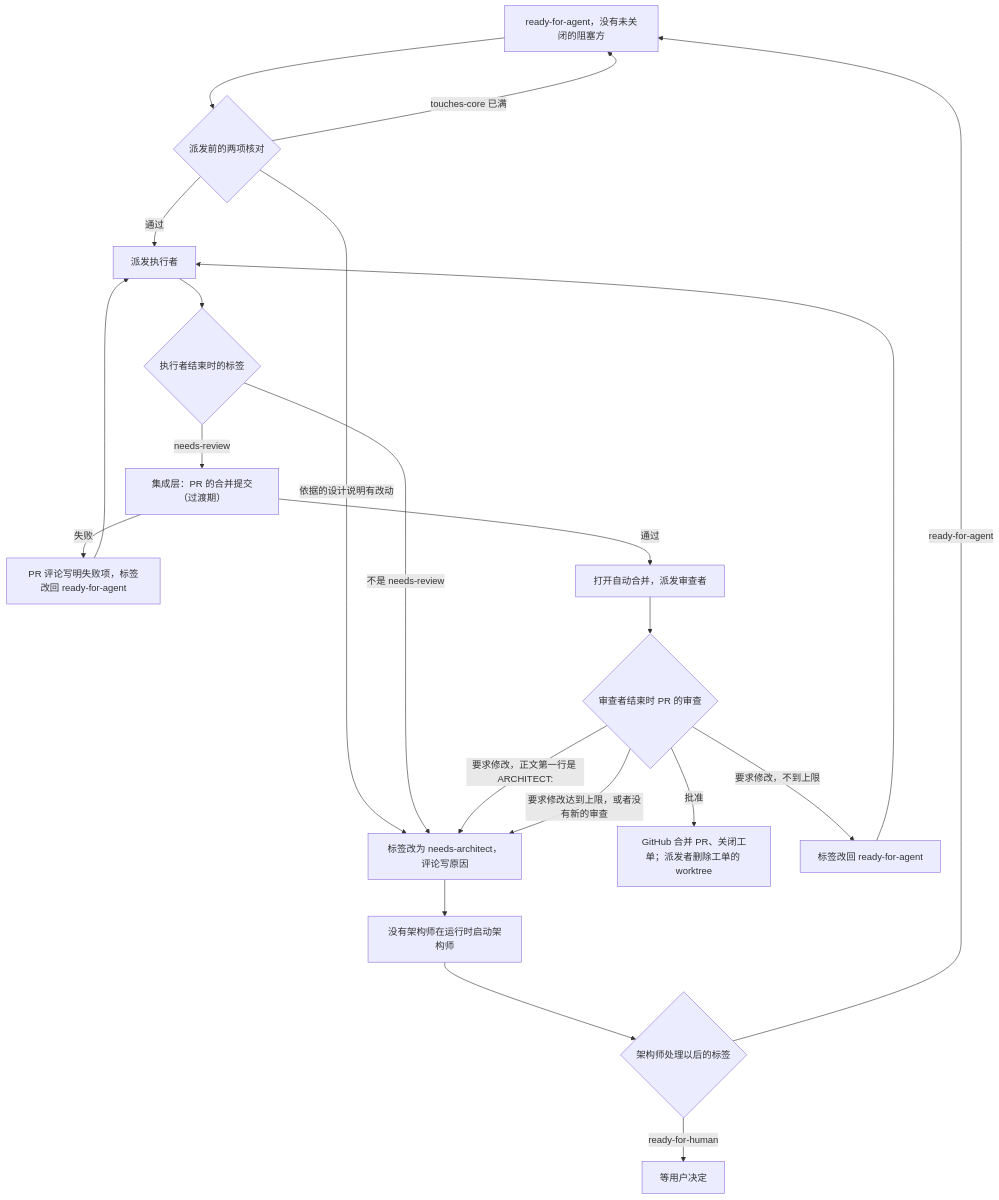
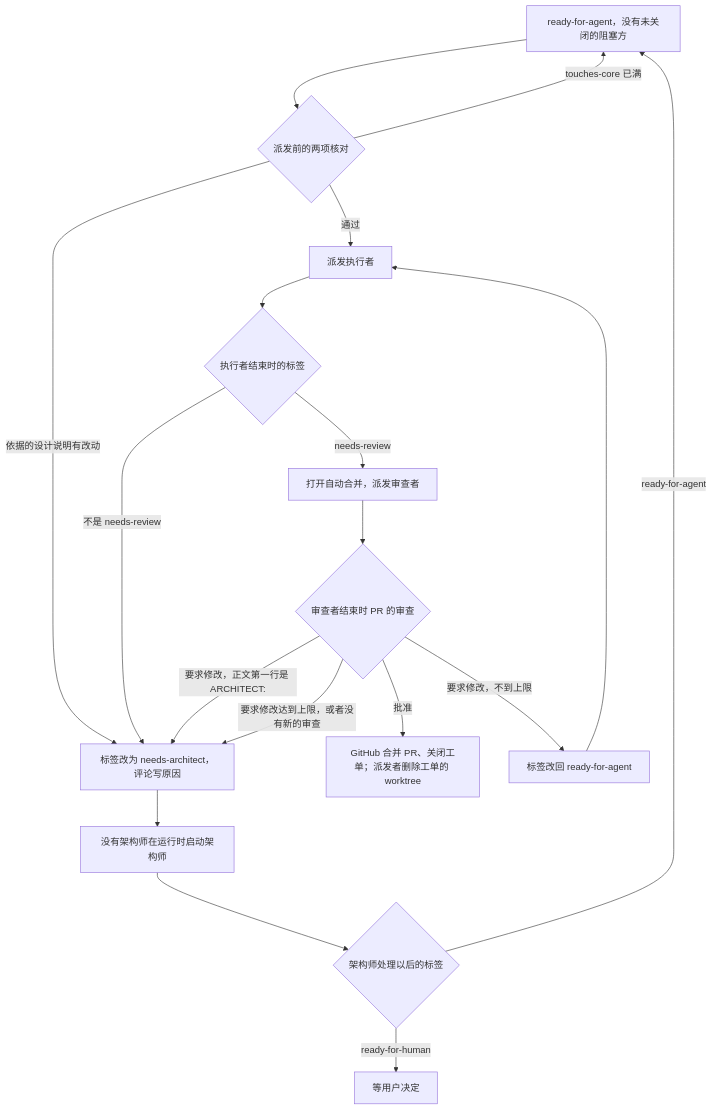
One commit to bender2333/yudao changed the diagram in docs/agents/dispatcher.md. Above: the diagram before and after it, drawn with Mermaid. The commit also changed other lines of this file and 10 other files, not shown here.

````diff
--- a/docs/agents/dispatcher.md
+++ b/docs/agents/dispatcher.md
@@ -22,23 +22,20 @@
 ```mermaid
 flowchart TD
     R[ready-for-agent，没有未关闭的阻塞方] --> C{派发前的两项核对}
     C -- 依据的设计说明有改动 --> N[标签改为 needs-architect，评论写原因]
     C -- touches-core 已满 --> R
     C -- 通过 --> E[派发执行者]
     E --> X{执行者结束时的标签}
-    X -- needs-review --> I[集成层：PR 的合并提交（过渡期）]
+    X -- needs-review --> A[打开自动合并，派发审查者]
     X -- 不是 needs-review --> N
-    I -- 失败 --> F[PR 评论写明失败项，标签改回 ready-for-agent]
-    F --> E
-    I -- 通过 --> A[打开自动合并，派发审查者]
     A --> V{审查者结束时 PR 的审查}
     V -- 批准 --> M[GitHub 合并 PR、关闭工单；派发者删除工单的 worktree]
     V -- 要求修改，不到上限 --> B[标签改回 ready-for-agent]
     B --> E
     V -- 要求修改，正文第一行是 ARCHITECT: --> N
     V -- 要求修改达到上限，或者没有新的审查 --> N
     N --> W[没有架构师在运行时启动架构师]
     W --> Q{架构师处理以后的标签}
     Q -- ready-for-agent --> R
     Q -- ready-for-human --> H[等用户决定]
 ```
````
